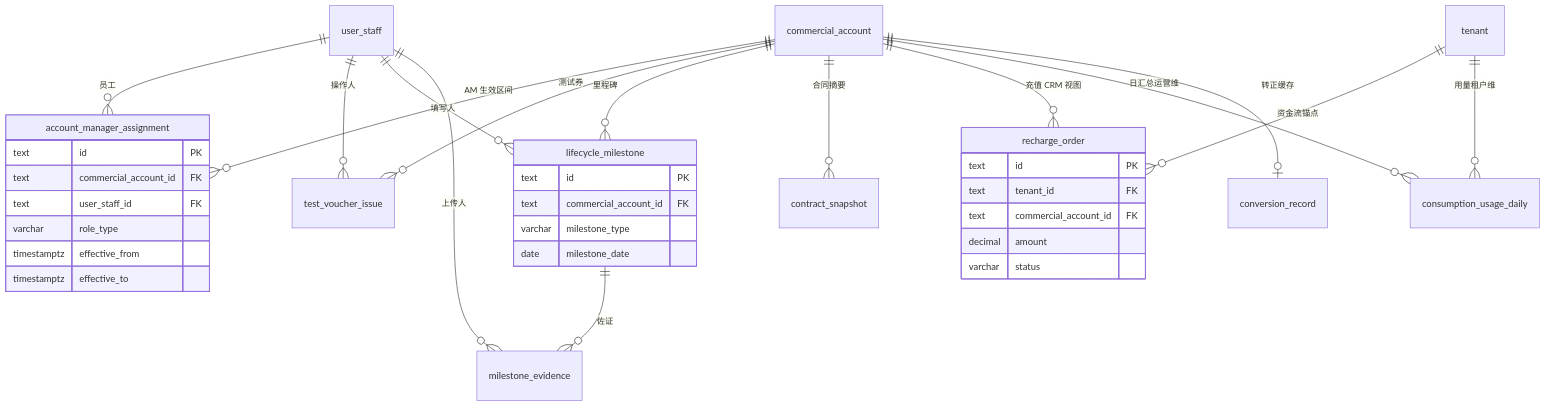
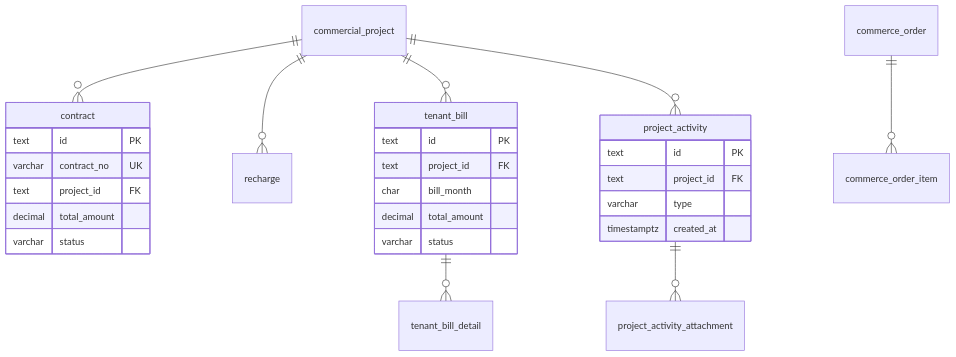
Before and after one commit to metacode0602/opencomfy-hub: the second of 3 diagrams in apps/web/content/design/crm-database.md, drawn with Mermaid. The commit also changed other lines of this file and 62 other files, not shown here.

````diff
--- a/apps/web/content/design/crm-database.md
+++ b/apps/web/content/design/crm-database.md
@@ -430,44 +569,33 @@
 ```mermaid
 erDiagram
-  commercial_account ||--o{ account_manager_assignment : "AM 生效区间"
-  user_staff ||--o{ account_manager_assignment : "员工"
+  commercial_project ||--o{ contract : ""
+  commercial_project ||--o{ recharge : ""
+  commercial_project ||--o{ tenant_bill : ""
+  tenant_bill ||--o{ tenant_bill_detail : ""
+  commercial_project ||--o{ project_activity : ""
+  project_activity ||--o{ project_activity_attachment : ""
+  commerce_order ||--o{ commerce_order_item : ""
 
-  commercial_account ||--o{ test_voucher_issue : "测试券"
-  user_staff ||--o{ test_voucher_issue : "操作人"
-
-  commercial_account ||--o{ lifecycle_milestone : "里程碑"
-  user_staff ||--o{ lifecycle_milestone : "填写人"
-  lifecycle_milestone ||--o{ milestone_evidence : "佐证"
-  user_staff ||--o{ milestone_evidence : "上传人"
-
-  commercial_account ||--o{ contract_snapshot : "合同摘要"
-  commercial_account ||--o{ recharge_order : "充值 CRM 视图"
-  tenant ||--o{ recharge_order : "资金流锚点"
-  commercial_account ||--o{ consumption_usage_daily : "日汇总运营维"
-  tenant ||--o{ consumption_usage_daily : "用量租户维"
-  commercial_account ||--o| conversion_record : "转正缓存"
-
-  account_manager_assignment {
+  contract {
     text id PK
-    text commercial_account_id FK
-    text user_staff_id FK
-    varchar role_type
-    timestamptz effective_from
-    timestamptz effective_to
+    varchar contract_no UK
+    text project_id FK
+    decimal total_amount
+    varchar status
   }
 
-  lifecycle_milestone {
+  tenant_bill {
     text id PK
-    text commercial_account_id FK
-    varchar milestone_type
-    date milestone_date
+    text project_id FK
+    char bill_month
+    decimal total_amount
+    varchar status
   }
 
-  recharge_order {
+  project_activity {
     text id PK
-    text tenant_id FK
-    text commercial_account_id FK
-    decimal amount
-    varchar status
+    text project_id FK
+    varchar type
+    timestamptz created_at
   }
 ```
````
